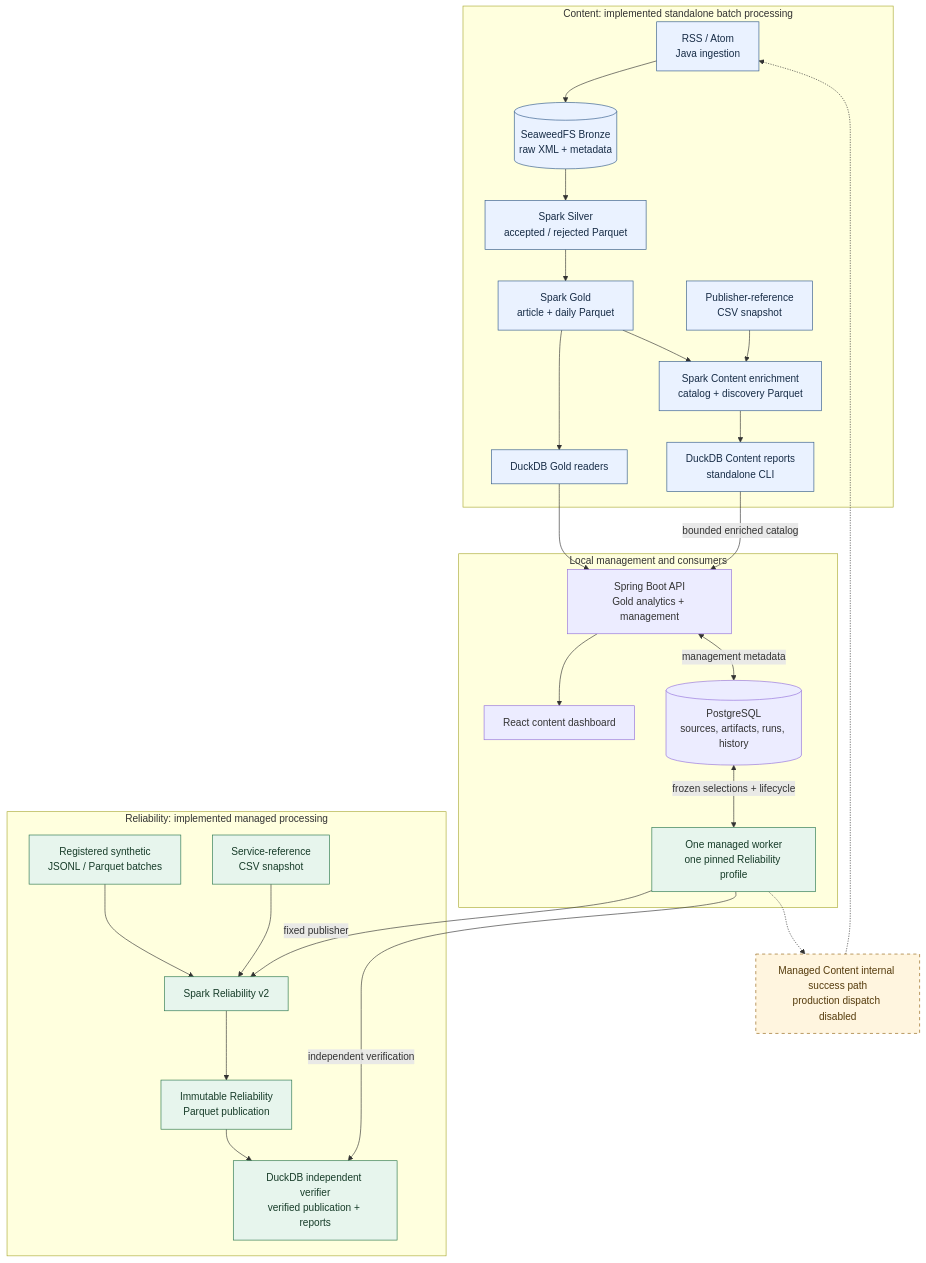
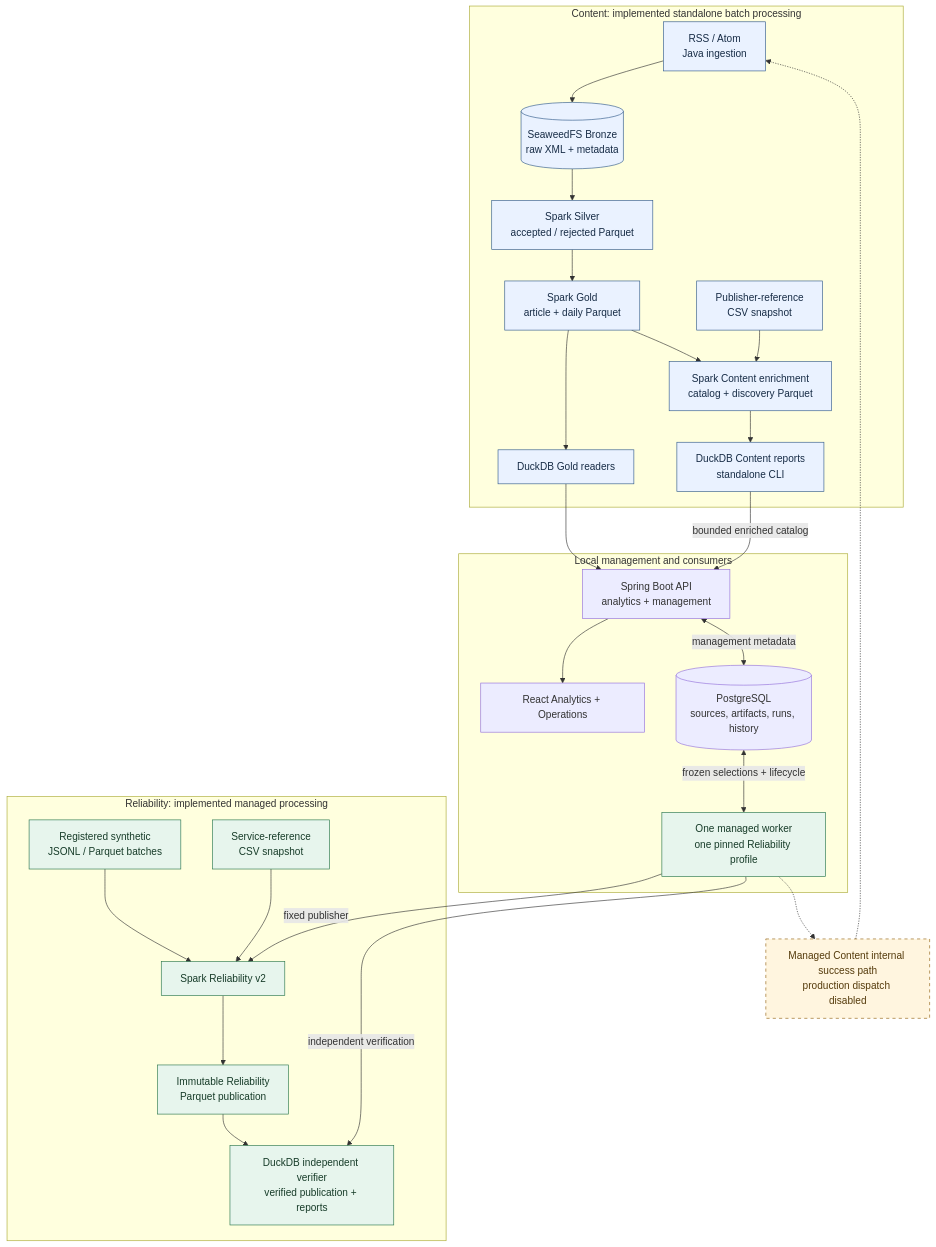
One commit to saurabh-tayade/distributed-data-intelligence-platform changed the diagram in README.md. Above: the diagram before and after it, drawn with Mermaid. The commit also changed other lines of this file, not shown here.

````diff
--- a/README.md
+++ b/README.md
@@ -40,39 +43,39 @@
 ```mermaid
 flowchart TB
     subgraph CONTENT["Content: implemented standalone batch processing"]
         feeds["RSS / Atom<br/>Java ingestion"] --> bronze[("SeaweedFS Bronze<br/>raw XML + metadata")]
         bronze --> silver["Spark Silver<br/>accepted / rejected Parquet"]
         silver --> gold["Spark Gold<br/>article + daily Parquet"]
         gold --> goldSQL["DuckDB Gold readers"]
         gold --> enrich["Spark Content enrichment<br/>catalog + discovery Parquet"]
         publisher["Publisher-reference<br/>CSV snapshot"] --> enrich
         enrich --> contentSQL["DuckDB Content reports<br/>standalone CLI"]
     end
 
     subgraph RELIABILITY["Reliability: implemented managed processing"]
         batches["Registered synthetic<br/>JSONL / Parquet batches"] --> spark["Spark Reliability v2"]
         service["Service-reference<br/>CSV snapshot"] --> spark
         spark --> publication["Immutable Reliability<br/>Parquet publication"]
         publication --> reliabilitySQL["DuckDB independent verifier<br/>verified publication + reports"]
     end
 
     subgraph CONTROL["Local management and consumers"]
-        api["Spring Boot API<br/>Gold analytics + management"] --> react["React content dashboard"]
+        api["Spring Boot API<br/>analytics + management"] --> react["React Analytics + Operations"]
         api <-->|"management metadata"| postgres[("PostgreSQL<br/>sources, artifacts, runs, history")]
         postgres <-->|"frozen selections + lifecycle"| worker["One managed worker<br/>one pinned Reliability profile"]
     end
 
     goldSQL --> api
     contentSQL -->|"bounded enriched catalog"| api
     worker -->|"fixed publisher"| spark
     worker -->|"independent verification"| reliabilitySQL
     worker -.-> managedContent["Managed Content internal success path<br/>production dispatch disabled"]
     managedContent -.-> feeds
 
     classDef standalone fill:#eaf2ff,stroke:#315a8a,color:#172c46;
     classDef managed fill:#e7f5ed,stroke:#28754b,color:#173c29;
     classDef planned fill:#fff5df,stroke:#936413,color:#553b0c,stroke-dasharray:5 5;
     class feeds,bronze,silver,gold,enrich,publisher,goldSQL,contentSQL standalone;
     class batches,service,spark,publication,reliabilitySQL,worker managed;
     class managedContent planned;
 ```
````
